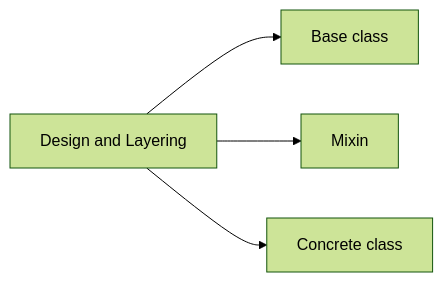
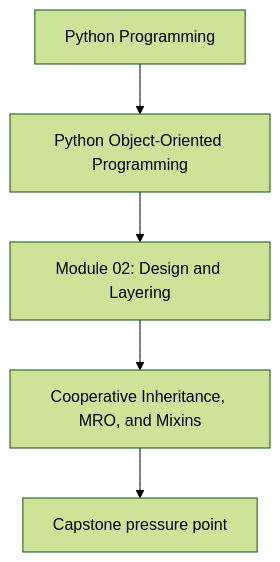
The first of 2 diagrams in programs/python-programming/python-object-oriented-programming/course-book/module-02-design-and-layering/cooperative-inheritance-mro-and-mixins.md (bijux/bijux-masterclass), drawn with Mermaid (forest theme) before and after one commit. The commit also changed other lines of this file and 107 other files, not shown here.

Commit message:
docs(python-object-oriented-programming): align concept page diagrams

````diff
--- a/programs/python-programming/python-object-oriented-programming/course-book/module-02-design-and-layering/cooperative-inheritance-mro-and-mixins.md
+++ b/programs/python-programming/python-object-oriented-programming/course-book/module-02-design-and-layering/cooperative-inheritance-mro-and-mixins.md
@@ -7,11 +7,7 @@
 ```mermaid
-graph LR
-  module["Design and Layering"]
-  base["Base class"]
-  mixin["Mixin"]
-  leaf["Concrete class"]
-
-  module --> base
-  module --> mixin
-  module --> leaf
+flowchart TD
+  family["Python Programming"] --> program["Python Object-Oriented Programming"]
+  program --> module["Module 02: Design and Layering"]
+  module --> concept["Cooperative Inheritance, MRO, and Mixins"]
+  concept --> capstone["Capstone pressure point"]
 ```
````
